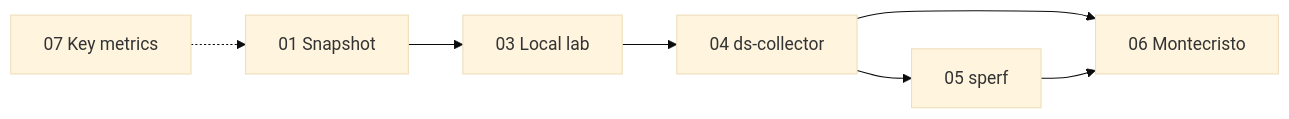
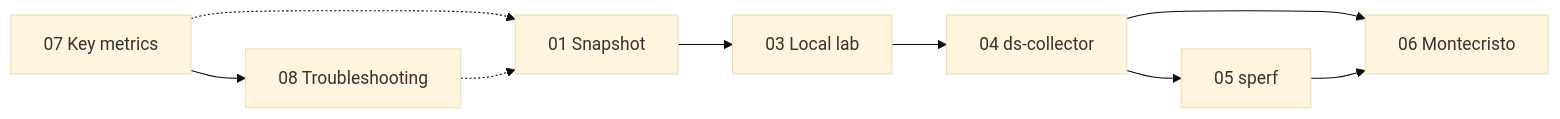
One commit to michelderu/cassandra-health-check changed the diagram in README.md. Above: the diagram before and after it, drawn with Mermaid (base theme). The commit also changed other lines of this file and 2 other files, not shown here.

Commit message:
Added troubleshooting guide with focus on Cassandra architecture

````diff
--- a/README.md
+++ b/README.md
@@ -7,9 +7,11 @@
 ```mermaid
 flowchart LR
   A[01 Snapshot] --> L[03 Local lab]
   L --> B[04 ds-collector]
   B --> S[05 sperf]
   B --> M[06 Montecristo]
   S --> M
   R[07 Key metrics] -.-> A
+  R --> T[08 Troubleshooting]
+  T -.-> A
 ```
````
